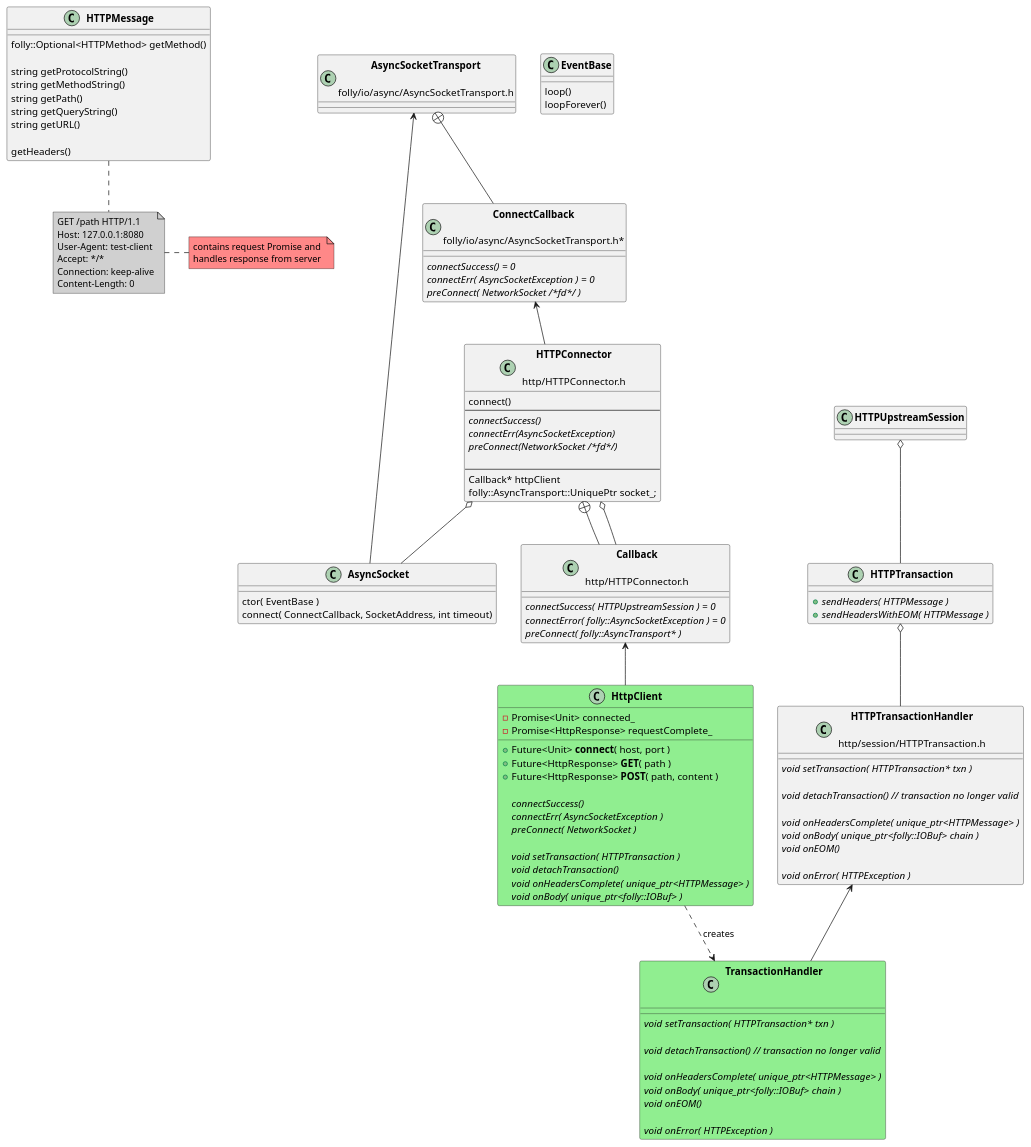
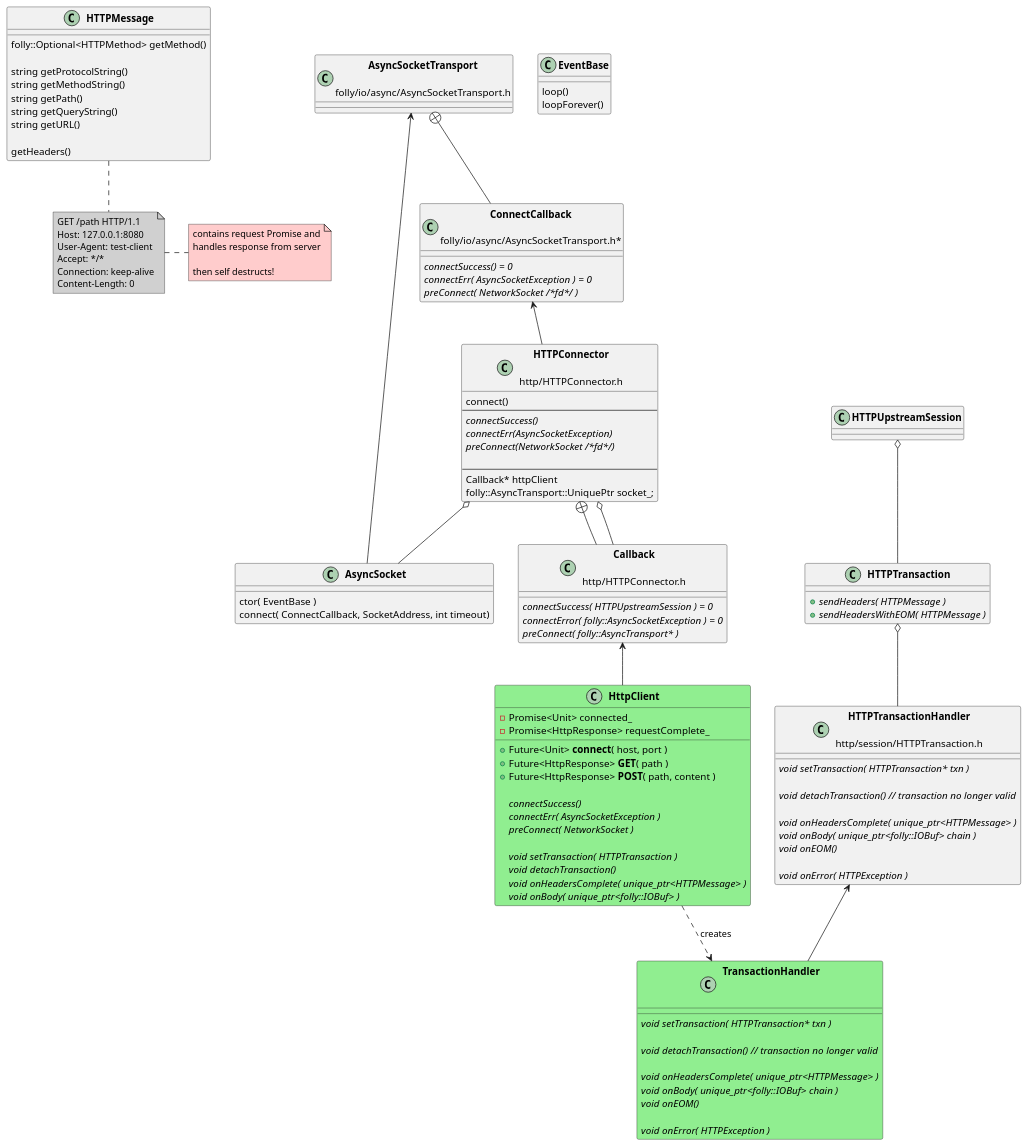
One commit to patrickhallinan/hello-proxygen changed the fourth of 4 diagrams in doc/http-client.adoc. Above: the diagram before and after it, drawn with PlantUML. The commit also changed 5 other files, not shown here.

```diff
--- a/doc/http-client.adoc
+++ b/doc/http-client.adoc
@@ -292,9 +292,11 @@
 HTTPTransaction o-- HTTPTransactionHandler
 
 HttpClient ..> TransactionHandler : creates 
-note right #ff8888
+note right #ffcccc
     contains request Promise and
-    handles response from server 
+    handles response from server
+
+    then self destructs!
 end note
 
 class EventBase {
```
